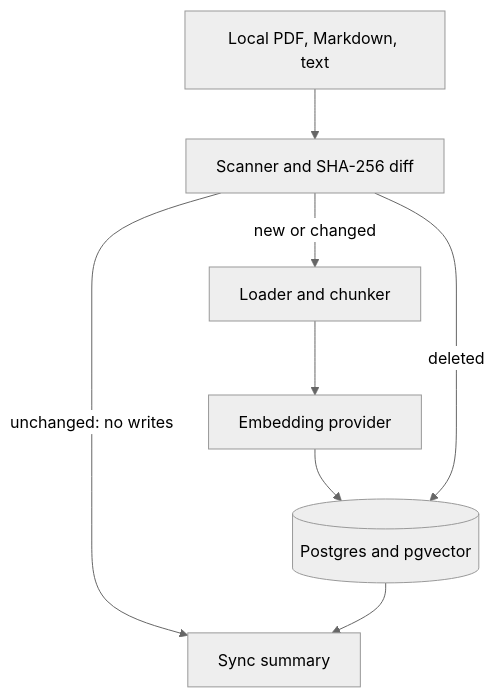
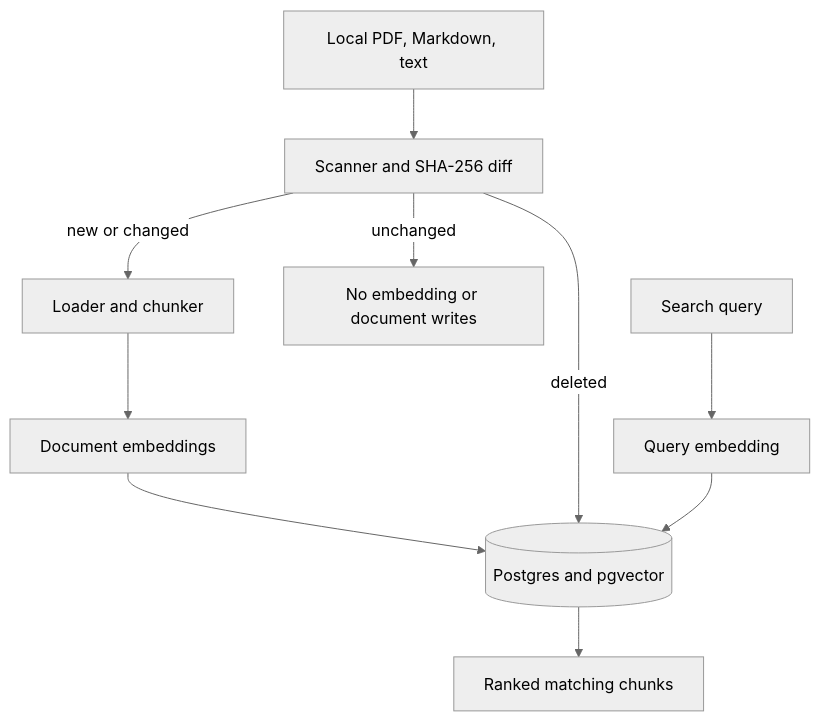
Before and after one commit to Manjunatha184/ragpipe: the diagram in README.md, drawn with Mermaid (neutral theme). The commit also changed other lines of this file and 8 other files, not shown here.

````diff
--- a/README.md
+++ b/README.md
@@ -29,10 +29,12 @@
 ```mermaid
 flowchart TD
     A[Local PDF, Markdown, text] --> B[Scanner and SHA-256 diff]
     B -->|new or changed| C[Loader and chunker]
-    C --> D[Embedding provider]
+    C --> D[Document embeddings]
     D --> E[(Postgres and pgvector)]
     B -->|deleted| E
-    B -->|unchanged: no writes| F[Sync summary]
-    E --> F
+    B -->|unchanged| F[No embedding or document writes]
+    Q[Search query] --> G[Query embedding]
+    G --> E
+    E --> R[Ranked matching chunks]
 ```
````
